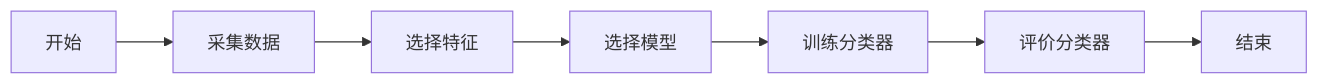
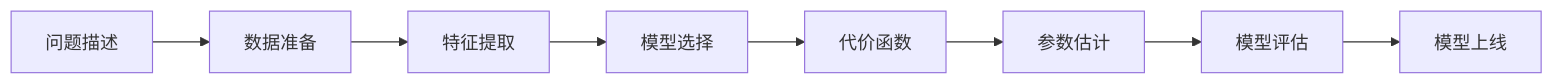
The second of 4 diagrams in ML/Skills.md (AI-Papers-Translation/StudyNotes-CN), drawn with Mermaid before and after one commit. The commit also changed other lines of this file, not shown here.

Commit message:
模式识别流程图(更改流程名称)

````diff
--- a/ML/Skills.md
+++ b/ML/Skills.md
@@ -41,9 +41,10 @@
 ```mermaid
 graph LR
-    开始 --> 采集数据
-    采集数据 --> 选择特征
-    选择特征 --> 选择模型
-    选择模型 --> 训练分类器
-    训练分类器 --> 评价分类器
-    评价分类器 --> 结束
+    问题描述 --> 数据准备
+    数据准备 --> 特征提取
+    特征提取 --> 模型选择
+    模型选择 --> 代价函数
+    代价函数 --> 参数估计
+    参数估计 --> 模型评估
+    模型评估 --> 模型上线
 ```
````
